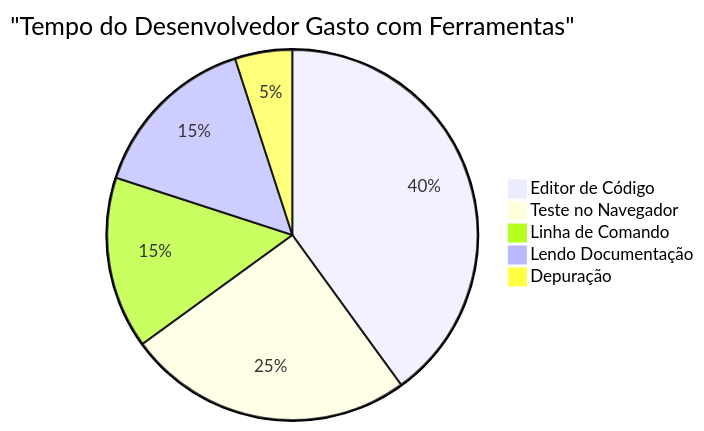
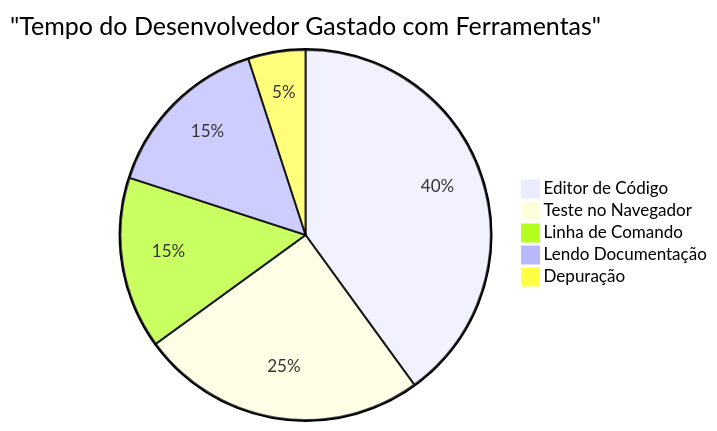
One commit to microsoft/Web-Dev-For-Beginners changed the sixth of 7 diagrams in translations/pt-BR/1-getting-started-lessons/1-intro-to-programming-languages/README.md. Above: the diagram before and after it, drawn with Mermaid. The commit also changed other lines of this file and 8 other files, not shown here.

````diff
--- a/translations/pt-BR/1-getting-started-lessons/1-intro-to-programming-languages/README.md
+++ b/translations/pt-BR/1-getting-started-lessons/1-intro-to-programming-languages/README.md
@@ -711,8 +713,8 @@
 ```mermaid
-pie title "Tempo do Desenvolvedor Gasto com Ferramentas"
+pie title "Tempo do Desenvolvedor Gastado com Ferramentas"
     "Editor de Código" : 40
     "Teste no Navegador" : 25
     "Linha de Comando" : 15
     "Lendo Documentação" : 15
     "Depuração" : 5
 ```
````
